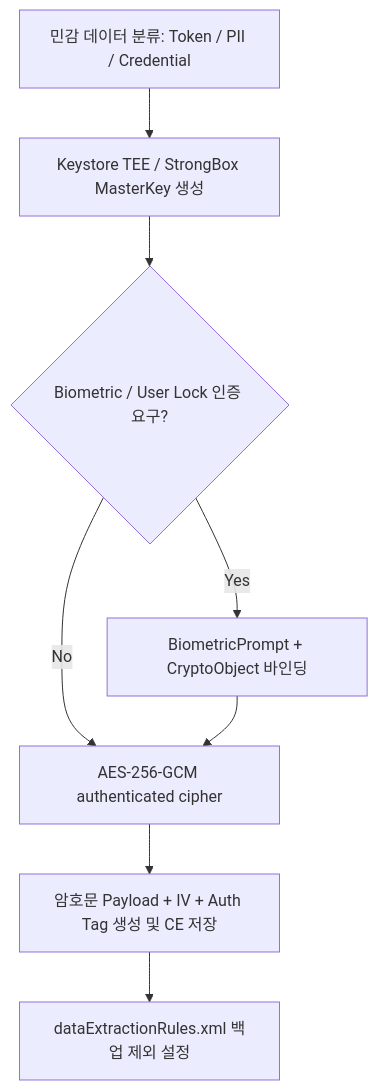
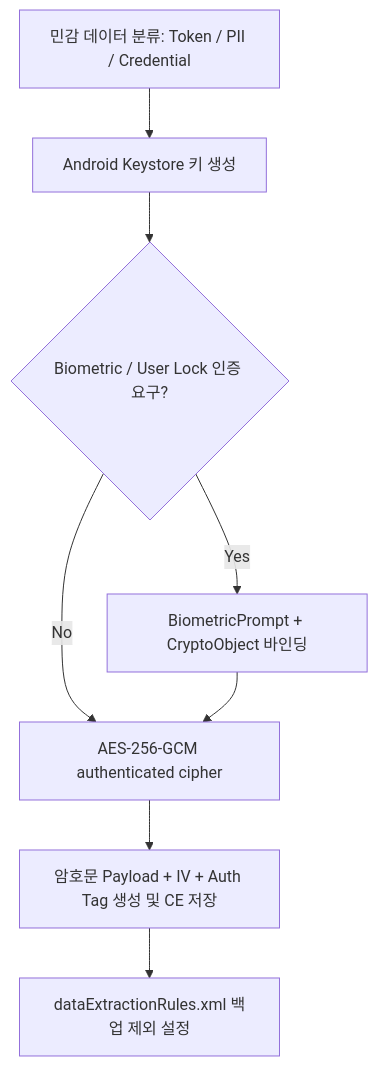
One commit to youngmin-gwon/what-i-studied changed the diagram in 01_inbox/mobile/android/05_security_privacy/secure-storage/secure-storage-contracts/secure-storage-contracts.md. Above: the diagram before and after it, drawn with Mermaid. The commit also changed other lines of this file and 89 other files, not shown here.

````diff
--- a/01_inbox/mobile/android/05_security_privacy/secure-storage/secure-storage-contracts/secure-storage-contracts.md
+++ b/01_inbox/mobile/android/05_security_privacy/secure-storage/secure-storage-contracts/secure-storage-contracts.md
@@ -14,10 +14,10 @@
 ```mermaid
 flowchart TD
-    DataInput[민감 데이터 분류: Token / PII / Credential] --> KeyGen[Keystore TEE / StrongBox MasterKey 생성]
+    DataInput[민감 데이터 분류: Token / PII / Credential] --> KeyGen[Android Keystore 키 생성]
     KeyGen --> AuthPolicy{Biometric / User Lock 인증 요구?}
     AuthPolicy -- Yes --> BioPrompt[BiometricPrompt + CryptoObject 바인딩]
     AuthPolicy -- No --> CipherEngine[AES-256-GCM authenticated cipher]
     BioPrompt --> CipherEngine
     CipherEngine --> WriteEnc[암호문 Payload + IV + Auth Tag 생성 및 CE 저장]
     WriteEnc --> BackupExclusion[dataExtractionRules.xml 백업 제외 설정]
 ```
````
